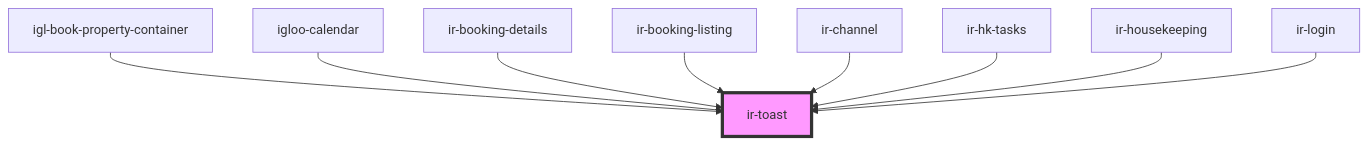
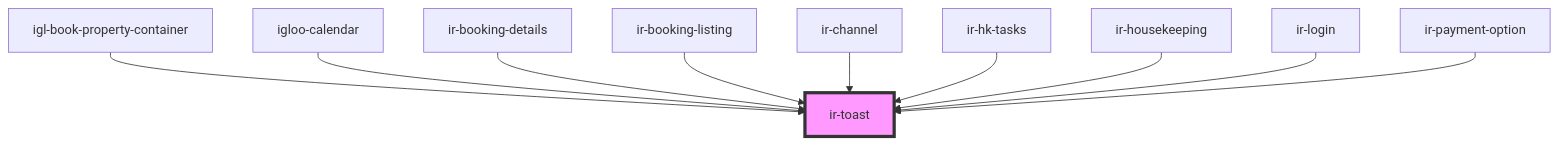
The diagram in src/components/ir-toast/readme.md (David1Chowaifaty/modified-ir-webcmp), drawn with Mermaid before and after one commit. The commit also changed other lines of this file and 41 other files, not shown here.

Commit message:
finished the the listing header and payment option

````diff
--- a/src/components/ir-toast/readme.md
+++ b/src/components/ir-toast/readme.md
@@ -29,12 +30,13 @@
 ```mermaid
 graph TD;
   igl-book-property-container --> ir-toast
   igloo-calendar --> ir-toast
   ir-booking-details --> ir-toast
   ir-booking-listing --> ir-toast
   ir-channel --> ir-toast
   ir-hk-tasks --> ir-toast
   ir-housekeeping --> ir-toast
   ir-login --> ir-toast
+  ir-payment-option --> ir-toast
   style ir-toast fill:#f9f,stroke:#333,stroke-width:4px
 ```
````
